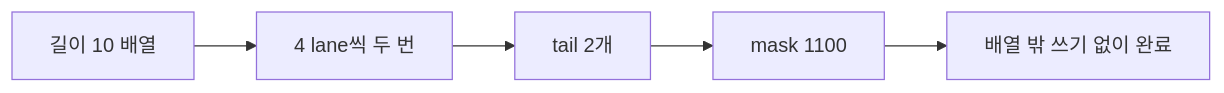
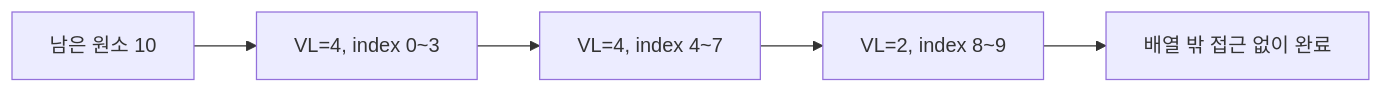
Before and after one commit to mj006648/netai-devsecops-runbook: the diagram in learning/computer-architecture/10-simd-vectors-and-roofline.md, drawn with Mermaid. The commit also changed other lines of this file and 55 other files, not shown here.

````diff
--- a/learning/computer-architecture/10-simd-vectors-and-roofline.md
+++ b/learning/computer-architecture/10-simd-vectors-and-roofline.md
@@ -38,7 +43,7 @@
-```mermaid
+~~~mermaid
 flowchart LR
-  A[길이 10 배열] --> V[4 lane씩 두 번]
-  V --> T[tail 2개]
-  T --> M[mask 1100]
-  M --> R[배열 밖 쓰기 없이 완료]
-```
+  N[남은 원소 10] --> V1[VL=4, index 0~3]
+  V1 --> V2[VL=4, index 4~7]
+  V2 --> V3[VL=2, index 8~9]
+  V3 --> Z[배열 밖 접근 없이 완료]
+~~~
````
